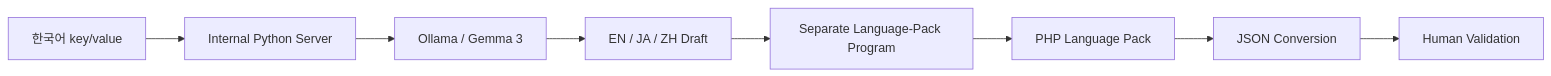
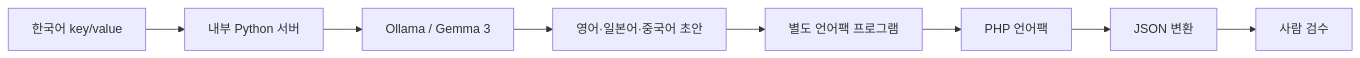
Before and after one commit to tomtomjskim/portfolio: the diagram in cases/practical-ai-automation.md, drawn with Mermaid. The commit also changed other lines of this file and 12 other files, not shown here.

````diff
--- a/cases/practical-ai-automation.md
+++ b/cases/practical-ai-automation.md
@@ -56,10 +56,10 @@
 ```mermaid
 flowchart LR
-    K[한국어 key/value] --> PY[Internal Python Server]
+    K[한국어 key/value] --> PY[내부 Python 서버]
     PY --> L[Ollama / Gemma 3]
-    L --> T[EN / JA / ZH Draft]
-    T --> P[Separate Language-Pack Program]
-    P --> H[PHP Language Pack]
-    H --> J[JSON Conversion]
-    J --> R[Human Validation]
+    L --> T[영어·일본어·중국어 초안]
+    T --> P[별도 언어팩 프로그램]
+    P --> H[PHP 언어팩]
+    H --> J[JSON 변환]
+    J --> R[사람 검수]
 ```
````
